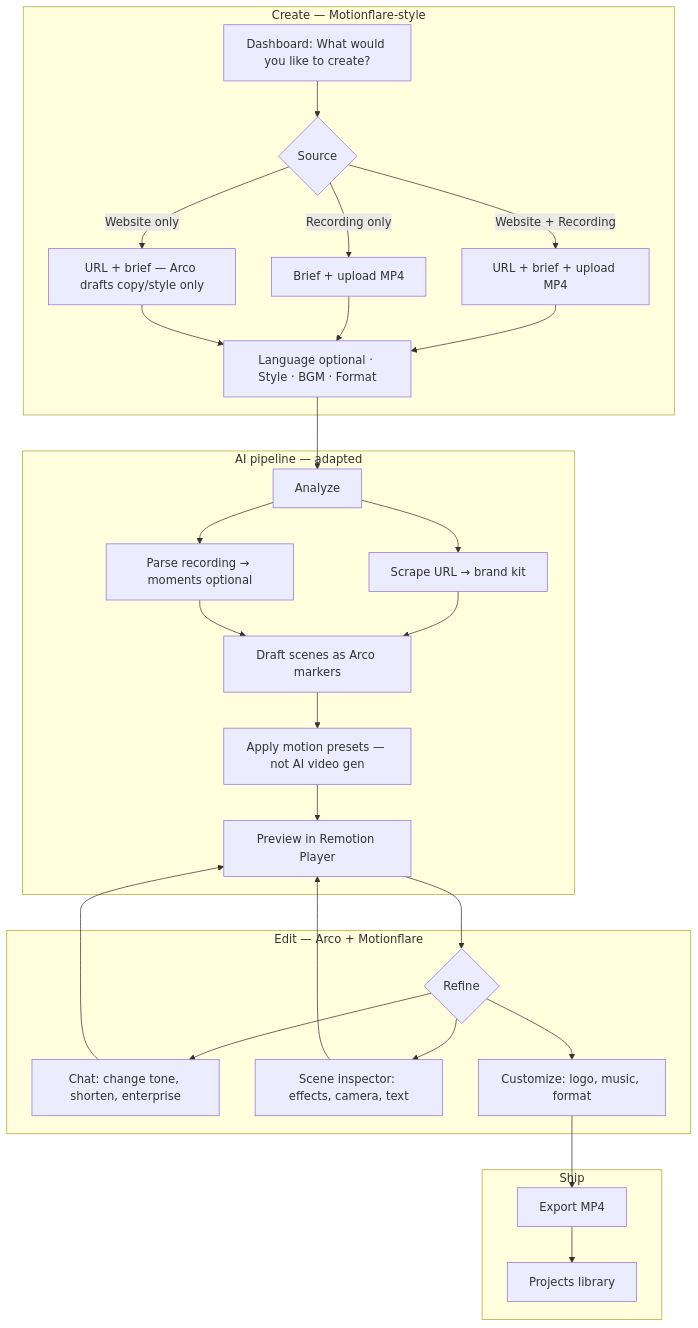
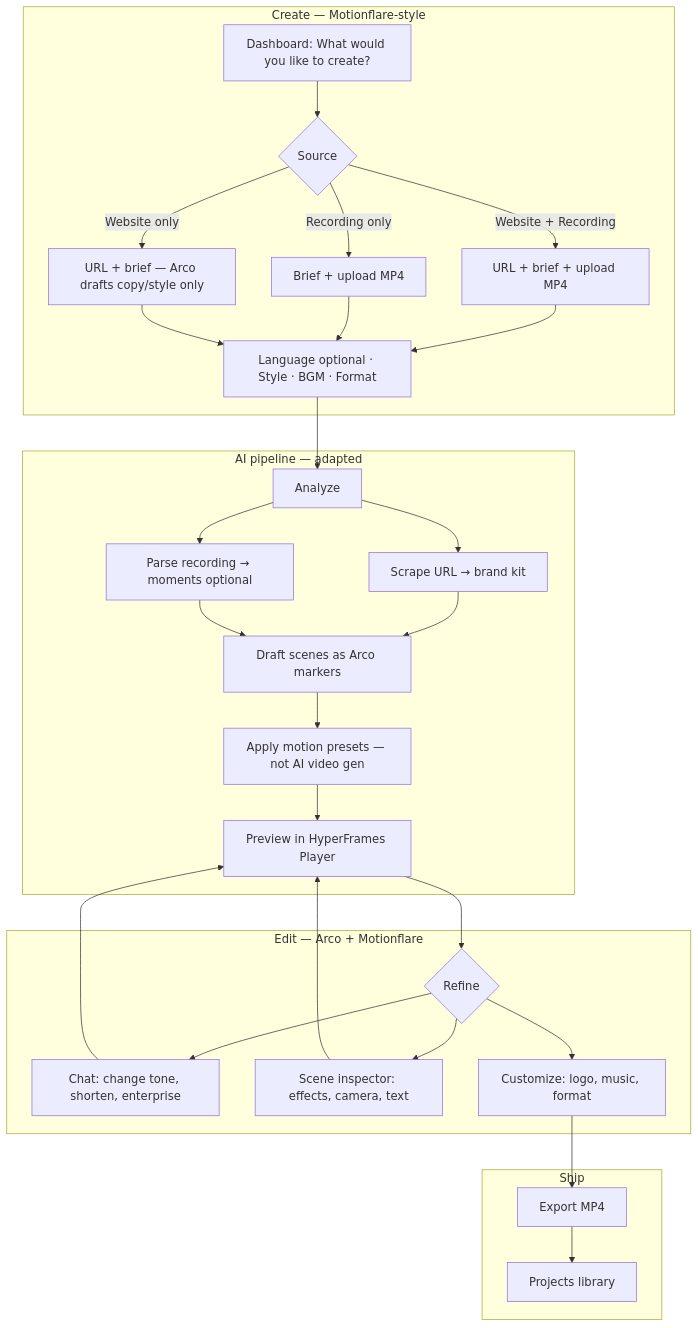
One commit to kvnnty/arco.studio changed the second of 2 diagrams in docs/REFERENCE-MOTIONFLARE.md. Above: the diagram before and after it, drawn with Mermaid. The commit also changed other lines of this file and 72 other files, not shown here.

````diff
--- a/docs/REFERENCE-MOTIONFLARE.md
+++ b/docs/REFERENCE-MOTIONFLARE.md
@@ -244,37 +244,37 @@
 ```mermaid
 flowchart TD
   subgraph create [Create — Motionflare-style]
     A[Dashboard: What would you like to create?]
     A --> B{Source}
     B -->|Website + Recording| C[URL + brief + upload MP4]
     B -->|Recording only| D[Brief + upload MP4]
     B -->|Website only| E[URL + brief — Arco drafts copy/style only]
     C --> F[Language optional · Style · BGM · Format]
     D --> F
     E --> F
   end
 
   subgraph pipeline [AI pipeline — adapted]
     F --> G[Analyze]
     G --> G1[Scrape URL → brand kit]
     G --> G2[Parse recording → moments optional]
     G1 --> H[Draft scenes as Arco markers]
     G2 --> H
     H --> I[Apply motion presets — not AI video gen]
-    I --> J[Preview in Remotion Player]
+    I --> J[Preview in HyperFrames Player]
   end
 
   subgraph edit [Edit — Arco + Motionflare]
     J --> K{Refine}
     K --> L[Chat: change tone, shorten, enterprise]
     K --> M[Scene inspector: effects, camera, text]
     K --> N[Customize: logo, music, format]
     L --> J
     M --> J
   end
 
   subgraph ship [Ship]
     N --> O[Export MP4]
     O --> P[Projects library]
   end
 ```
````
